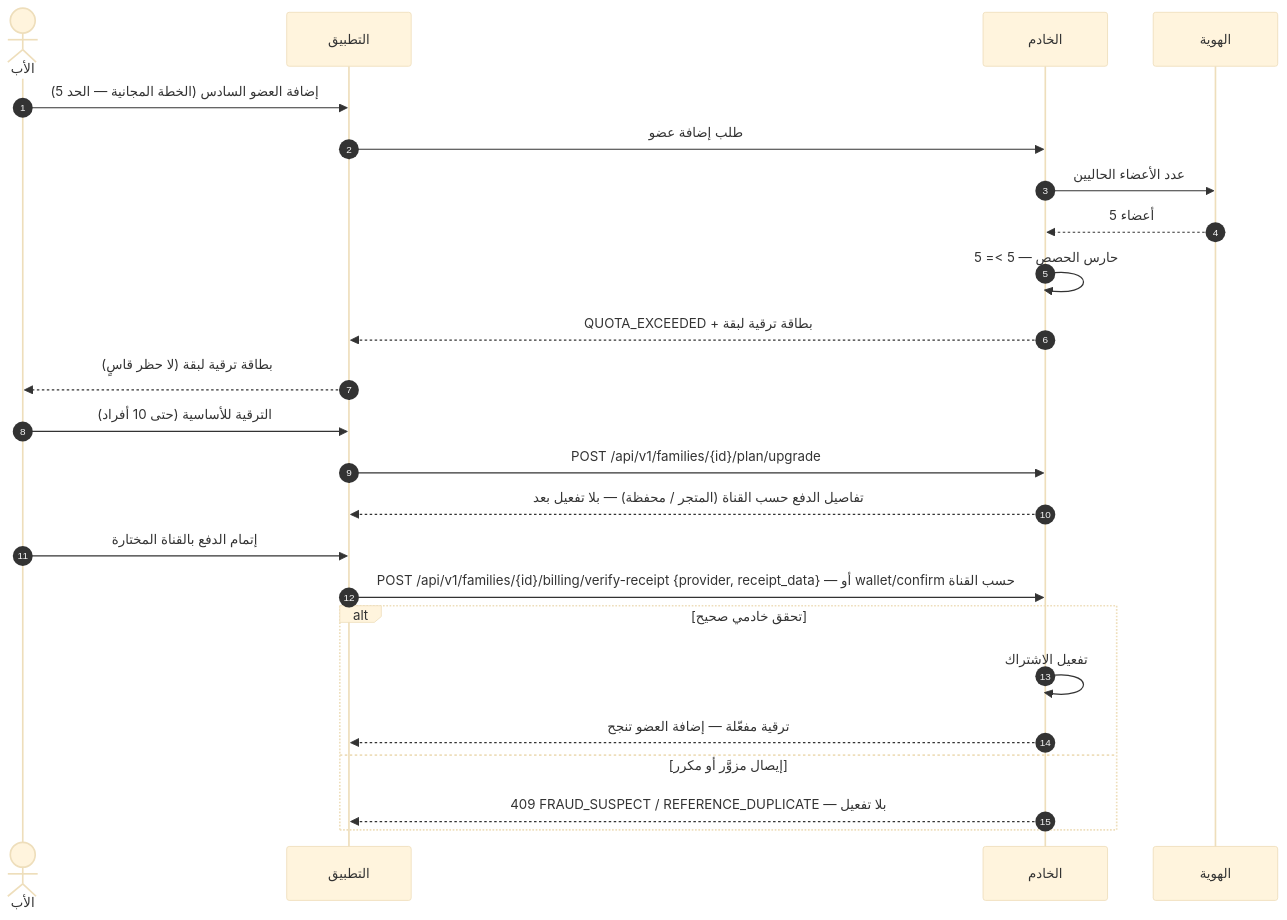
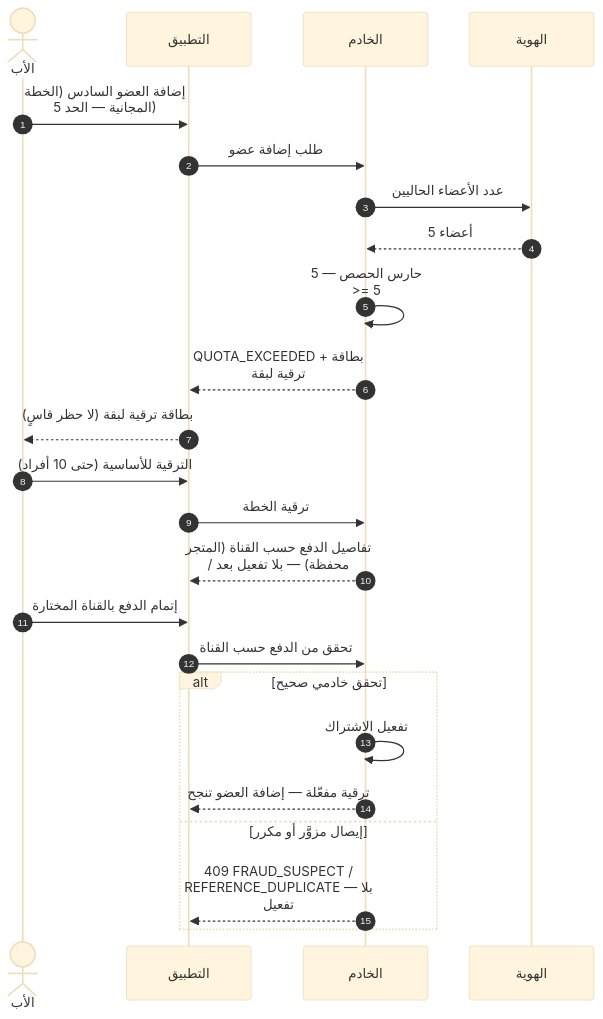
Before and after one commit to Bassam-mohammed-alqaeadi/family-os-v2: the seventh of 25 diagrams in docs/family-os/governance/phases/phase-1/S1-04-plans-and-subscriptions/DIAGRAMS.md, drawn with Mermaid (base theme). The commit also changed other lines of this file, not shown here.

````diff
--- a/docs/family-os/governance/phases/phase-1/S1-04-plans-and-subscriptions/DIAGRAMS.md
+++ b/docs/family-os/governance/phases/phase-1/S1-04-plans-and-subscriptions/DIAGRAMS.md
@@ -327,26 +338,27 @@
 ```mermaid
+%%{init: {"sequence": {"wrap": true}}}%%
 sequenceDiagram
     autonumber
     actor Father as الأب
     participant App as التطبيق
     participant Ktor as الخادم
     participant S102 as الهوية
     Father->>App: إضافة العضو السادس (الخطة المجانية — الحد 5)
     App->>Ktor: طلب إضافة عضو
     Ktor->>S102: عدد الأعضاء الحاليين
     S102-->>Ktor: 5 أعضاء
     Ktor->>Ktor: حارس الحصص — 5 >= 5
     Ktor-->>App: QUOTA_EXCEEDED + بطاقة ترقية لبقة
     App-->>Father: بطاقة ترقية لبقة (لا حظر قاسٍ)
     Father->>App: الترقية للأساسية (حتى 10 أفراد)
-    App->>Ktor: POST /api/v1/families/{id}/plan/upgrade
+    App->>Ktor: ترقية الخطة
     Ktor-->>App: تفاصيل الدفع حسب القناة (المتجر / محفظة) — بلا تفعيل بعد
     Father->>App: إتمام الدفع بالقناة المختارة
-    App->>Ktor: POST /api/v1/families/{id}/billing/verify-receipt {provider, receipt_data} — أو wallet/confirm حسب القناة
+    App->>Ktor: تحقق من الدفع حسب القناة
     alt تحقق خادمي صحيح
         Ktor->>Ktor: تفعيل الاشتراك
         Ktor-->>App: ترقية مفعّلة — إضافة العضو تنجح
     else إيصال مزوَّر أو مكرر
         Ktor-->>App: 409 FRAUD_SUSPECT / REFERENCE_DUPLICATE — بلا تفعيل
     end
 ```
````
